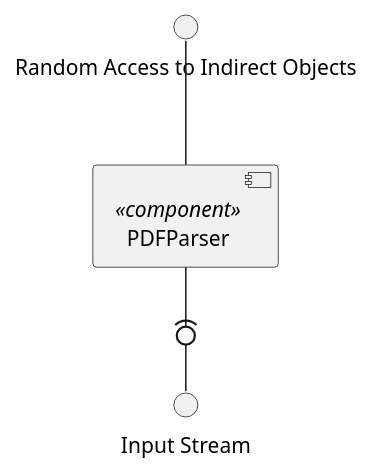
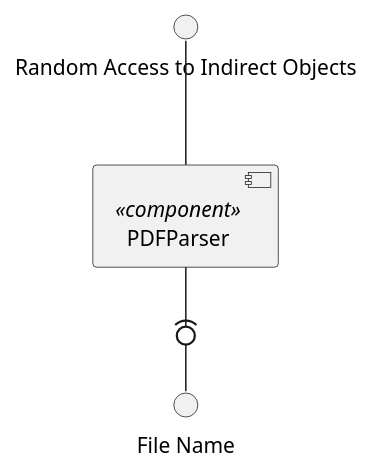
One commit to KodaiYM/PDFReader changed the diagram in document/parser.component.pu. Above: the diagram before and after it, drawn with PlantUML. The commit also changed 4 other files, not shown here.

```diff
--- a/document/parser.component.pu
+++ b/document/parser.component.pu
@@ -1,9 +1,9 @@
 @startuml parser
-interface "Random Access to Indirect Objects" as getobject
-interface "Input Stream" as istr
+interface "Random Access to Indirect Objects" as RandomAccess
+interface "File Name" as FileName
 component parse<<component>> [
 	PDFParser
 ]
-getobject -- [parse]
-[parse] -(0- istr
+RandomAccess -- [parse]
+[parse] -(0- FileName
 @enduml
```
